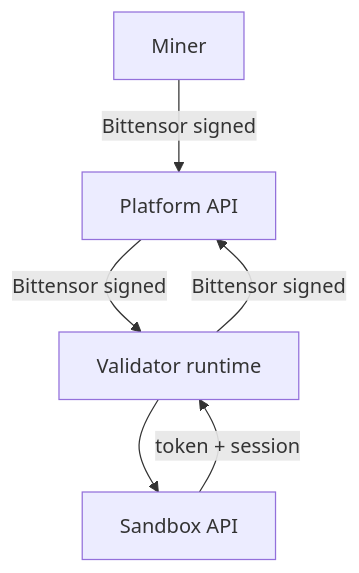
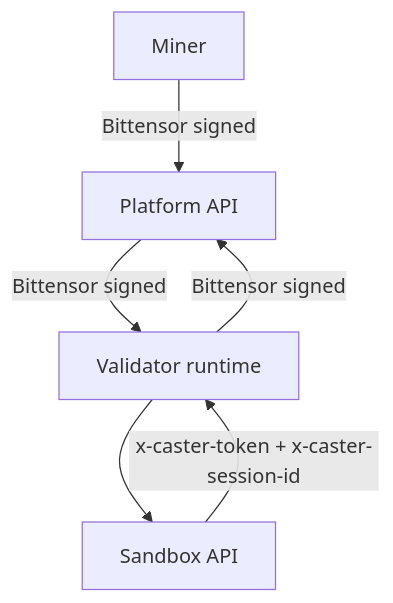
The diagram in docs/api/README.md (caster-hub/caster), drawn with Mermaid before and after one commit. The commit also changed other lines of this file and 22 other files, not shown here.

````diff
--- a/docs/api/README.md
+++ b/docs/api/README.md
@@ -30,10 +36,10 @@
 ```mermaid
 flowchart TB
   Miner[Miner] -->|Bittensor signed| Platform[Platform API]
 
   Validator[Validator runtime] -->|Bittensor signed| Platform
   Platform -->|Bittensor signed| Validator
 
   Validator --> Sandbox[Sandbox API]
-  Sandbox -->|token + session| Validator
+  Sandbox -->|x-caster-token + x-caster-session-id| Validator
 ```
````
